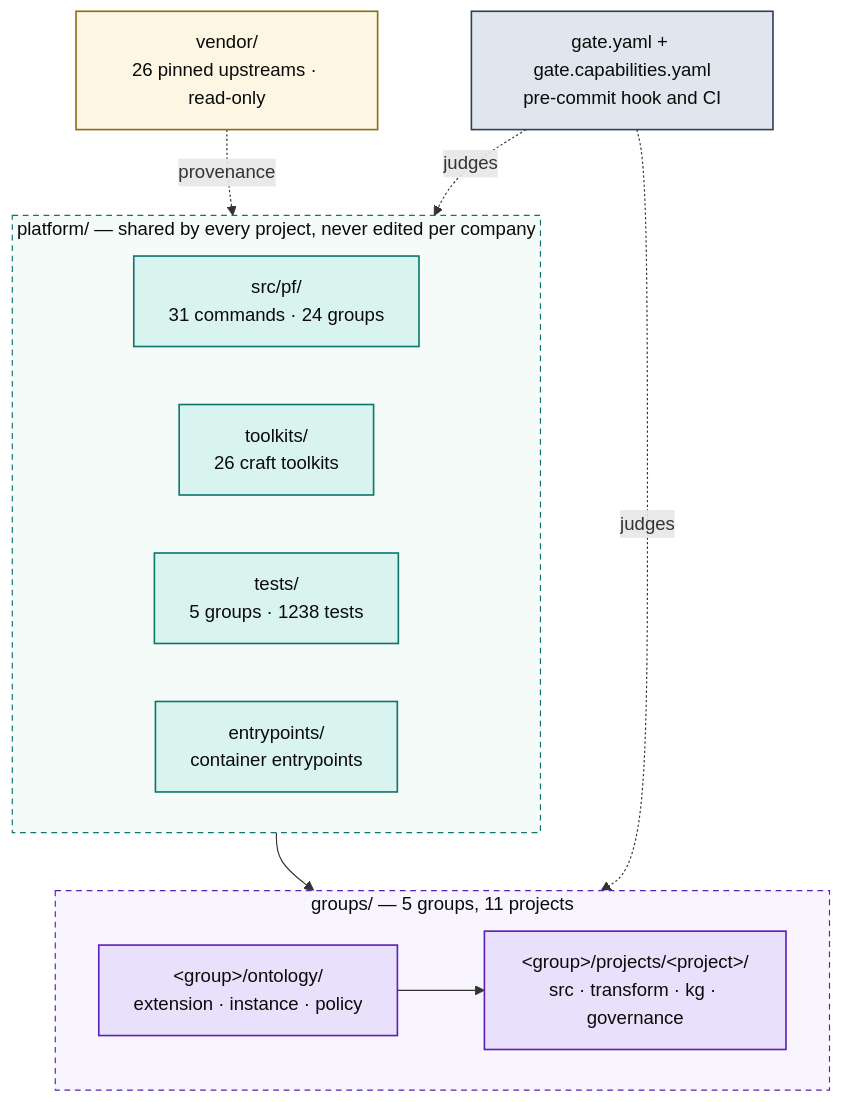
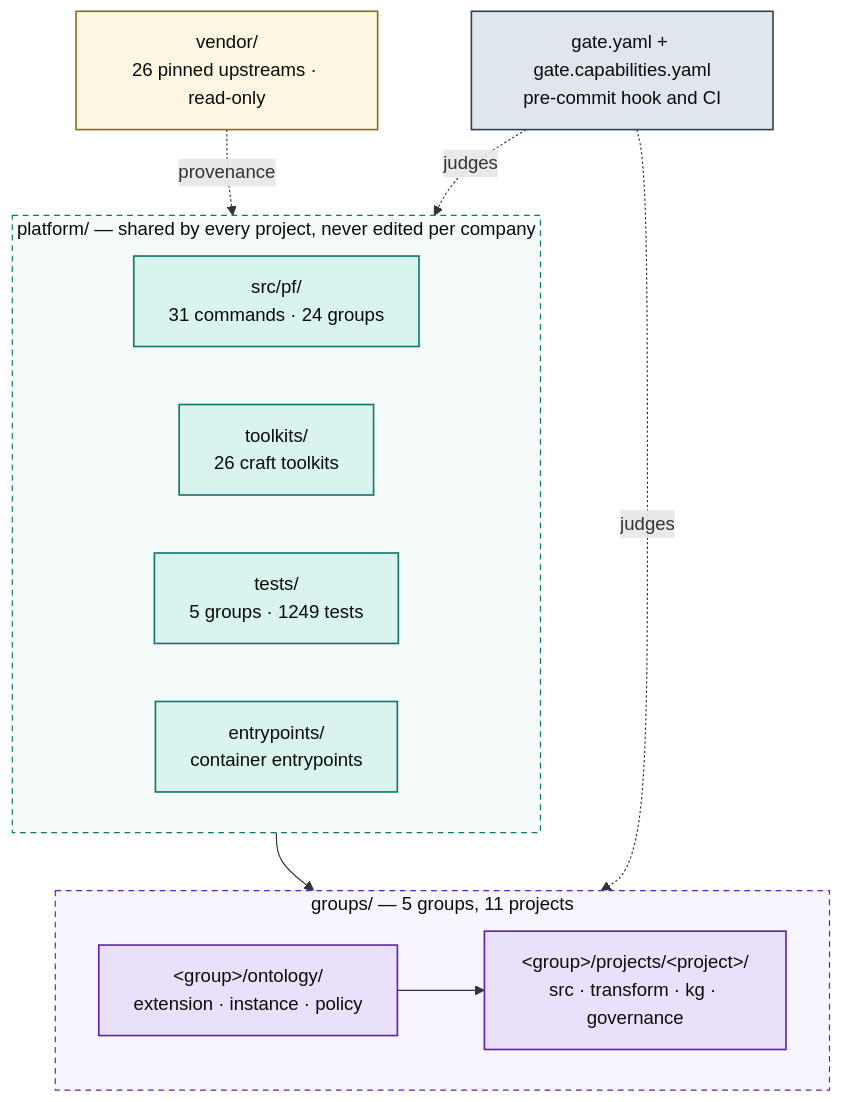
Before and after one commit to Atomz-org/data-platform: the first of 5 diagrams in docs/ARCHITECTURE.md, drawn with Mermaid. The commit also changed other lines of this file and 5 other files, not shown here.

````diff
--- a/docs/ARCHITECTURE.md
+++ b/docs/ARCHITECTURE.md
@@ -15,36 +15,36 @@
 ```mermaid
 flowchart TB
   subgraph SHARED["platform/ — shared by every project, never edited per company"]
     direction LR
     ENG["src/pf/<br/>31 commands · 24 groups"]
     TK["toolkits/<br/>26 craft toolkits"]
-    TST["tests/<br/>5 groups · 1238 tests"]
+    TST["tests/<br/>5 groups · 1249 tests"]
     ENT["entrypoints/<br/>container entrypoints"]
   end
 
   subgraph ENTITIES["groups/ — 5 groups, 11 projects"]
     direction LR
     GRP["&lt;group&gt;/ontology/<br/>extension · instance · policy"]
     PRJ["&lt;group&gt;/projects/&lt;project&gt;/<br/>src · transform · kg · governance"]
     GRP --> PRJ
   end
 
   VEN["vendor/<br/>26 pinned upstreams · read-only"]
   GATE["gate.yaml + gate.capabilities.yaml<br/>pre-commit hook and CI"]
 
   SHARED --> ENTITIES
   VEN -.provenance.-> SHARED
   GATE -.judges.-> ENTITIES
   GATE -.judges.-> SHARED
 
   classDef code fill:#d9f4ee,stroke:#0f766e,stroke-width:1.4px,color:#0b0b0b
   classDef data fill:#e9e1fb,stroke:#5b21b6,stroke-width:1.4px,color:#0b0b0b
   classDef gov fill:#e0e6ed,stroke:#334155,stroke-width:1.4px,color:#0b0b0b
   classDef ext fill:#fdf6e3,stroke:#8a6d1f,stroke-width:1.4px,color:#0b0b0b
   class ENG,TK,TST,ENT code
   class GRP,PRJ data
   class GATE gov
   class VEN ext
   style SHARED fill:#f4fbf9,stroke:#0f766e,stroke-dasharray:5 4,color:#0b0b0b
   style ENTITIES fill:#f8f5fe,stroke:#5b21b6,stroke-dasharray:5 4,color:#0b0b0b
 ```
````
